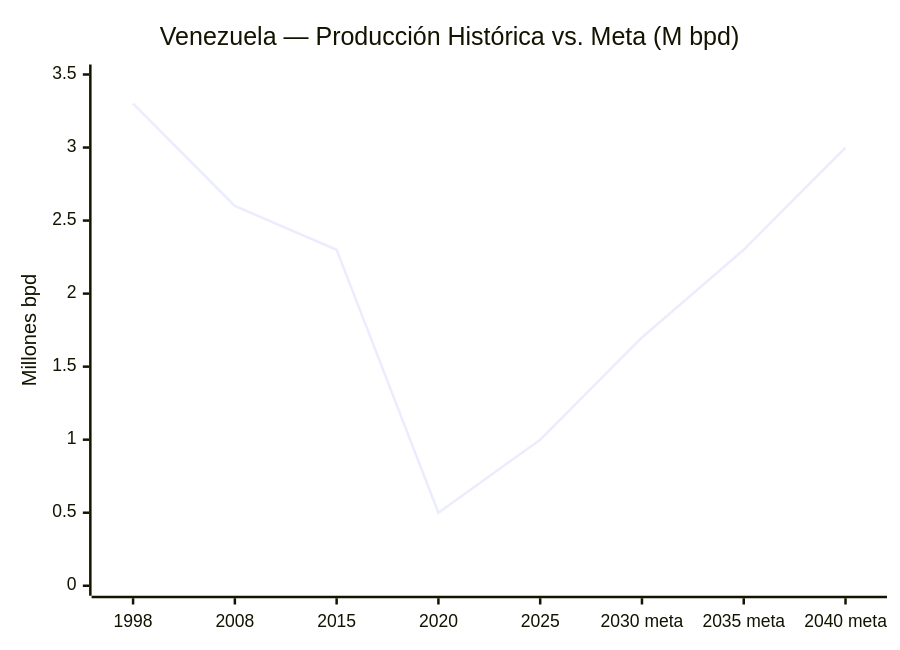
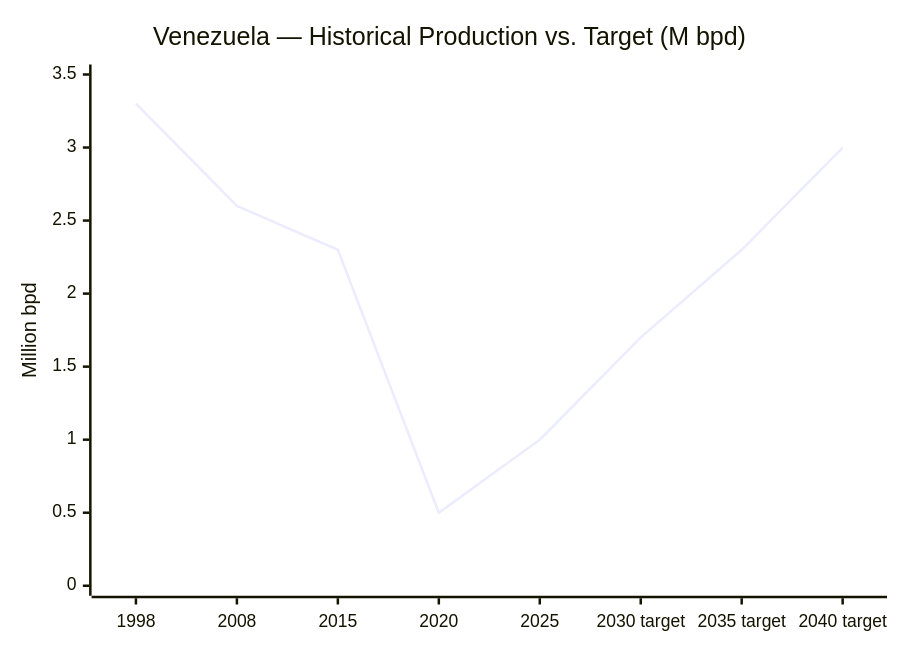
One commit to Venezuela-S-A/venezuela-sa changed the second of 4 diagrams in i18n/en/docusaurus-plugin-content-docs/current/01-fundamentos/diagnostico.md. Above: the diagram before and after it, drawn with Mermaid. The commit also changed other lines of this file and 127 other files, not shown here.

````diff
--- a/i18n/en/docusaurus-plugin-content-docs/current/01-fundamentos/diagnostico.md
+++ b/i18n/en/docusaurus-plugin-content-docs/current/01-fundamentos/diagnostico.md
@@ -39,7 +39,7 @@
 ```mermaid
 xychart-beta
-    title "Venezuela — Producción Histórica vs. Meta (M bpd)"
-    x-axis ["1998", "2008", "2015", "2020", "2025", "2030 meta", "2035 meta", "2040 meta"]
-    y-axis "Millones bpd" 0 --> 3.5
+    title "Venezuela — Historical Production vs. Target (M bpd)"
+    x-axis ["1998", "2008", "2015", "2020", "2025", "2030 target", "2035 target", "2040 target"]
+    y-axis "Million bpd" 0 --> 3.5
     line [3.3, 2.6, 2.3, 0.5, 1.0, 1.7, 2.3, 3.0]
 ```
````
